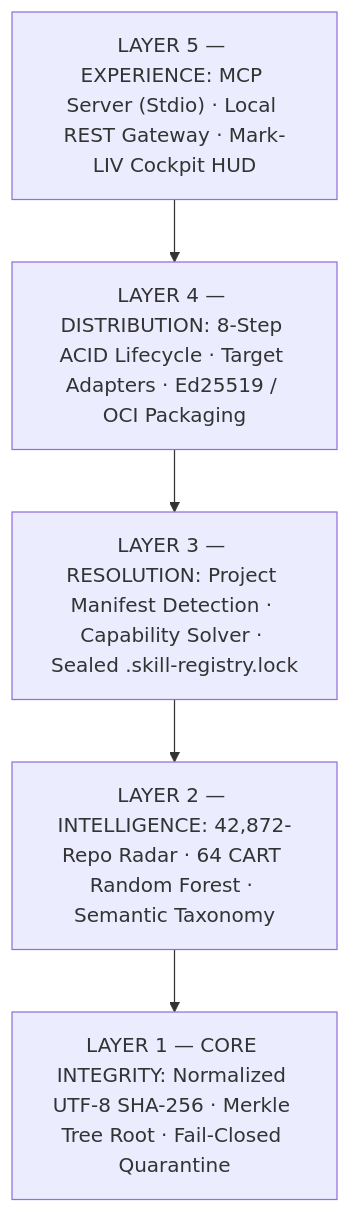
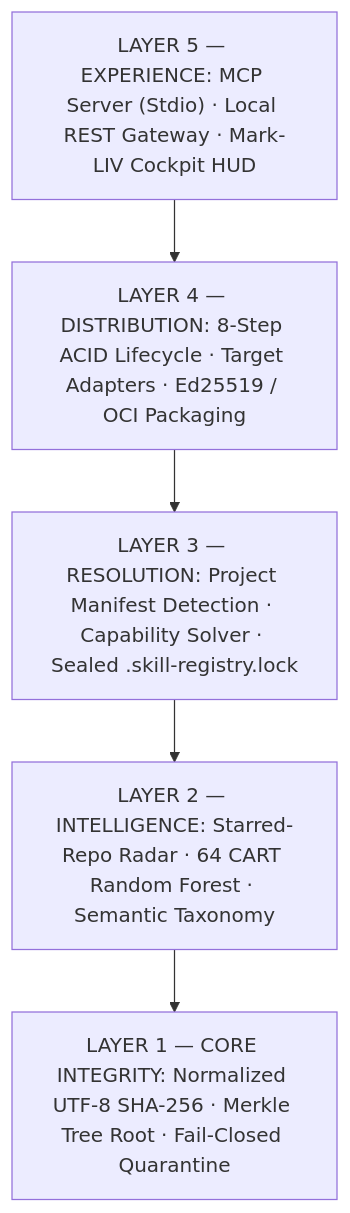
The first of 4 diagrams in README.md (robertoatila/jarvis-skill-registry), drawn with Mermaid before and after one commit. The commit also changed other lines of this file and 20 other files, not shown here.

````diff
--- a/README.md
+++ b/README.md
@@ -107,10 +107,10 @@
 ```mermaid
 flowchart TB
     L5["LAYER 5 — EXPERIENCE: MCP Server (Stdio) · Local REST Gateway · Mark-LIV Cockpit HUD"]
     L4["LAYER 4 — DISTRIBUTION: 8-Step ACID Lifecycle · Target Adapters · Ed25519 / OCI Packaging"]
     L3["LAYER 3 — RESOLUTION: Project Manifest Detection · Capability Solver · Sealed .skill-registry.lock"]
-    L2["LAYER 2 — INTELLIGENCE: 42,872-Repo Radar · 64 CART Random Forest · Semantic Taxonomy"]
+    L2["LAYER 2 — INTELLIGENCE: Starred-Repo Radar · 64 CART Random Forest · Semantic Taxonomy"]
     L1["LAYER 1 — CORE INTEGRITY: Normalized UTF-8 SHA-256 · Merkle Tree Root · Fail-Closed Quarantine"]
 
     L5 --> L4 --> L3 --> L2 --> L1
 ```
````
